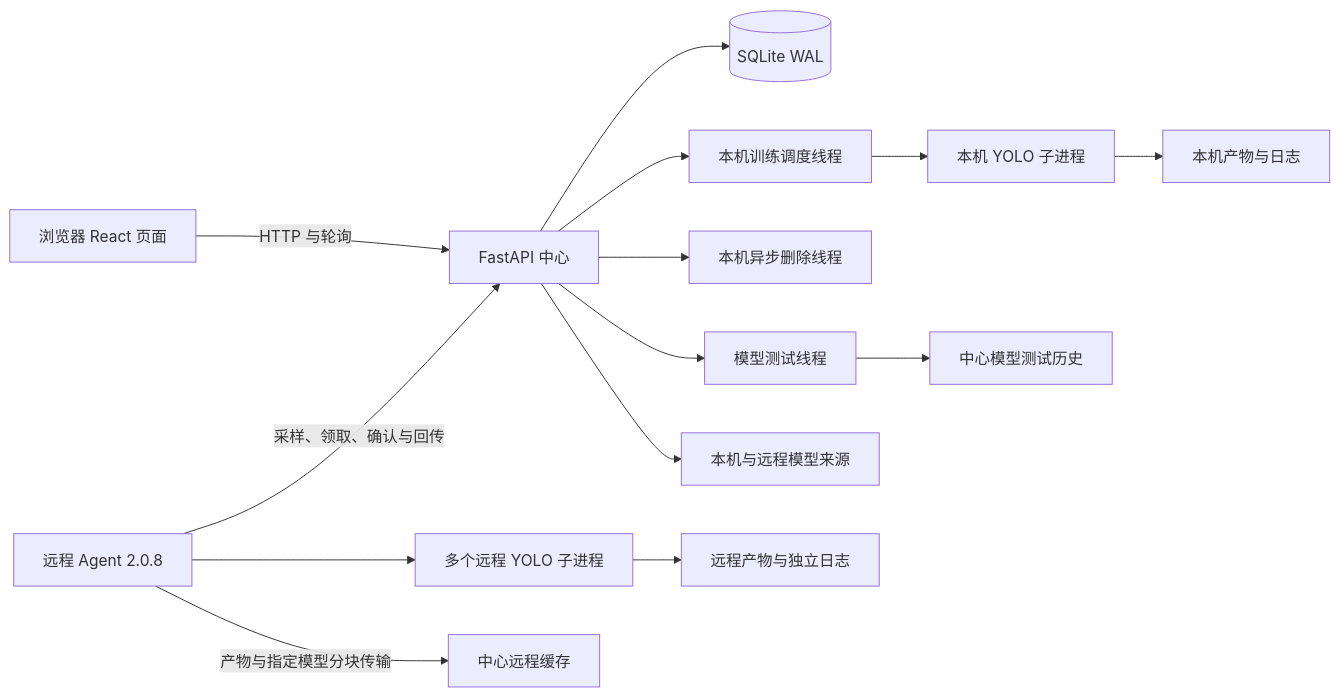
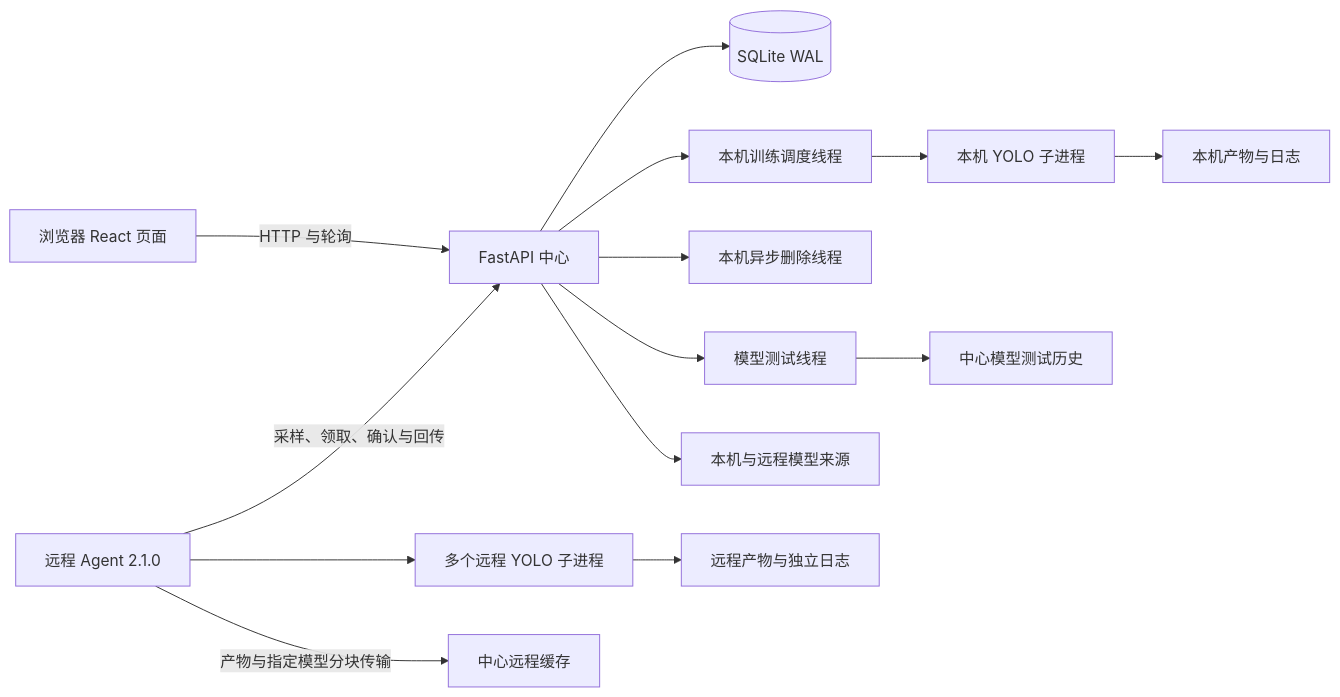
Before and after one commit to scsg666g/yolo-xlpt: the diagram in docs/project-analysis.md, drawn with Mermaid. The commit also changed other lines of this file and 33 other files, not shown here.

````diff
--- a/docs/project-analysis.md
+++ b/docs/project-analysis.md
@@ -91,16 +97,16 @@
 ```mermaid
 flowchart LR
     UI[浏览器 React 页面] -->|HTTP 与轮询| API[FastAPI 中心]
     API --> DB[(SQLite WAL)]
     API --> S[本机训练调度线程]
     S --> CLI[本机 YOLO 子进程]
     CLI --> FS[本机产物与日志]
     API --> D[本机异步删除线程]
     API --> I[模型测试线程]
     I --> MH[中心模型测试历史]
     API --> MA[本机与远程模型来源]
-    AG[远程 Agent 2.0.8] -->|采样、领取、确认与回传| API
+    AG[远程 Agent 2.1.0] -->|采样、领取、确认与回传| API
     AG --> RC[多个远程 YOLO 子进程]
     RC --> RF[远程产物与独立日志]
     AG -->|产物与指定模型分块传输| CACHE[中心远程缓存]
 ```
````
